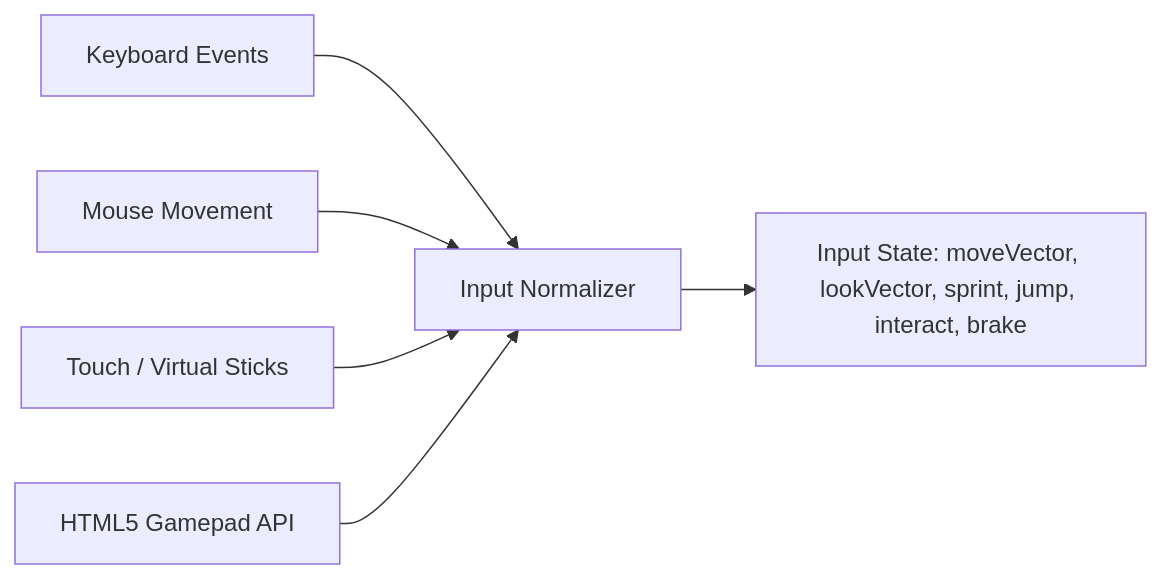
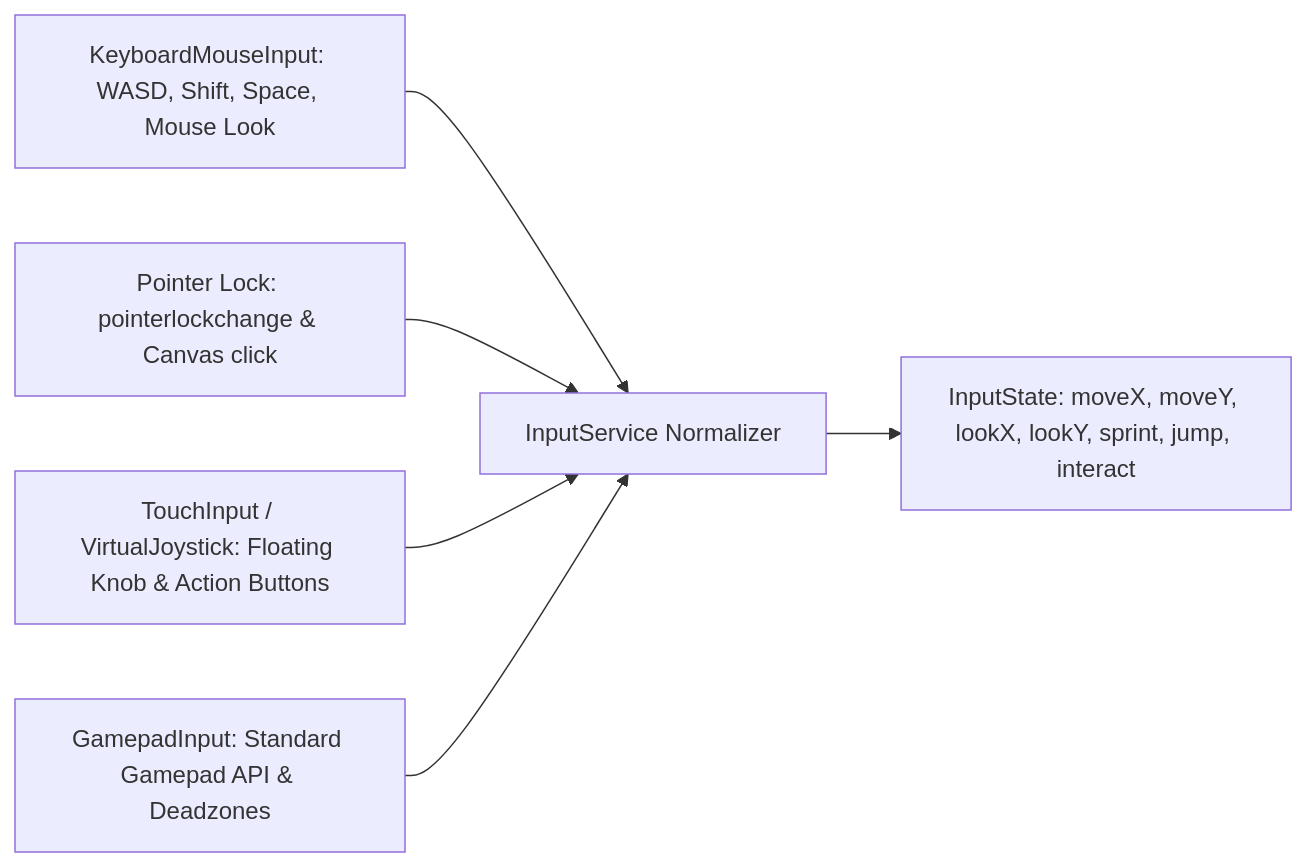
Before and after one commit to chandanbag1999/vice-city: the fourth of 7 diagrams in docs/ARCHITECTURE.md, drawn with Mermaid. The commit also changed other lines of this file and 28 other files, not shown here.

Commit message:
feat: implement third-person player movement and input system

````diff
--- a/docs/ARCHITECTURE.md
+++ b/docs/ARCHITECTURE.md
@@ -171,8 +171,8 @@
 ```mermaid
 flowchart LR
-    KBD[Keyboard Events] --> Normalizer[Input Normalizer]
-    MSE[Mouse Movement] --> Normalizer
-    TCH[Touch / Virtual Sticks] --> Normalizer
-    PAD[HTML5 Gamepad API] --> Normalizer
-    Normalizer --> Actions[Input State: moveVector, lookVector, sprint, jump, interact, brake]
+    KBD[KeyboardMouseInput: WASD, Shift, Space, Mouse Look] --> Normalizer[InputService Normalizer]
+    MSE[Pointer Lock: pointerlockchange & Canvas click] --> Normalizer
+    TCH[TouchInput / VirtualJoystick: Floating Knob & Action Buttons] --> Normalizer
+    PAD[GamepadInput: Standard Gamepad API & Deadzones] --> Normalizer
+    Normalizer --> Actions[InputState: moveX, moveY, lookX, lookY, sprint, jump, interact]
 ```
````
